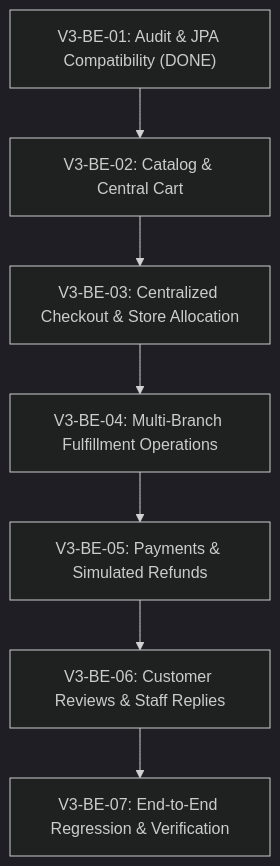
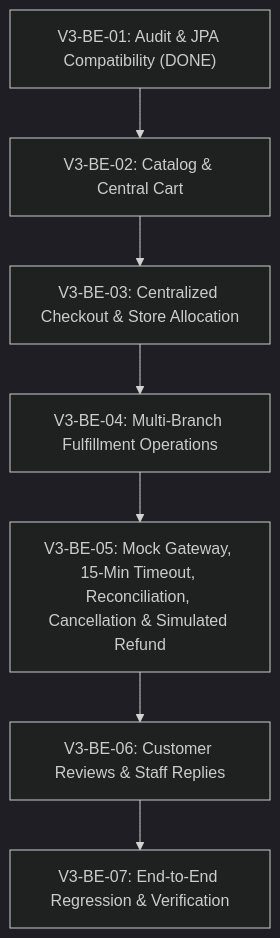
Before and after one commit to doantuan22/One_Shop: the diagram in docs/v3/backend-audit/BACKEND_V3_MIGRATION_PLAN.md, drawn with Mermaid (dark theme). The commit also changed other lines of this file and 204 other files, not shown here.

````diff
--- a/docs/v3/backend-audit/BACKEND_V3_MIGRATION_PLAN.md
+++ b/docs/v3/backend-audit/BACKEND_V3_MIGRATION_PLAN.md
@@ -30,9 +41,9 @@
 ```mermaid
 flowchart TD
     V3_BE_01["V3-BE-01: Audit & JPA Compatibility (DONE)"] --> V3_BE_02["V3-BE-02: Catalog & Central Cart"]
     V3_BE_02 --> V3_BE_03["V3-BE-03: Centralized Checkout & Store Allocation"]
     V3_BE_03 --> V3_BE_04["V3-BE-04: Multi-Branch Fulfillment Operations"]
-    V3_BE_04 --> V3_BE_05["V3-BE-05: Payments & Simulated Refunds"]
+    V3_BE_04 --> V3_BE_05["V3-BE-05: Mock Gateway, 15-Min Timeout, Reconciliation, Cancellation & Simulated Refund"]
     V3_BE_05 --> V3_BE_06["V3-BE-06: Customer Reviews & Staff Replies"]
     V3_BE_06 --> V3_BE_07["V3-BE-07: End-to-End Regression & Verification"]
 ```
````
